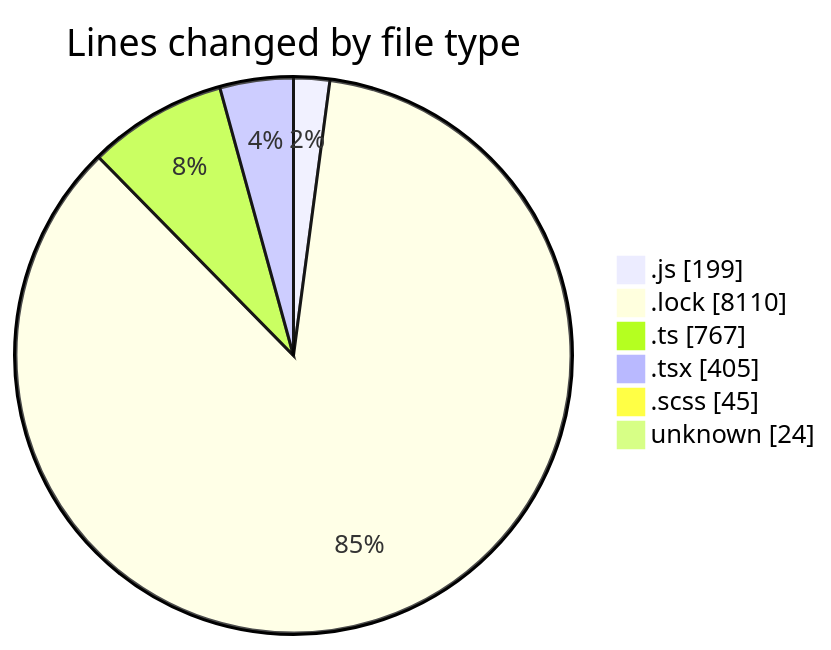
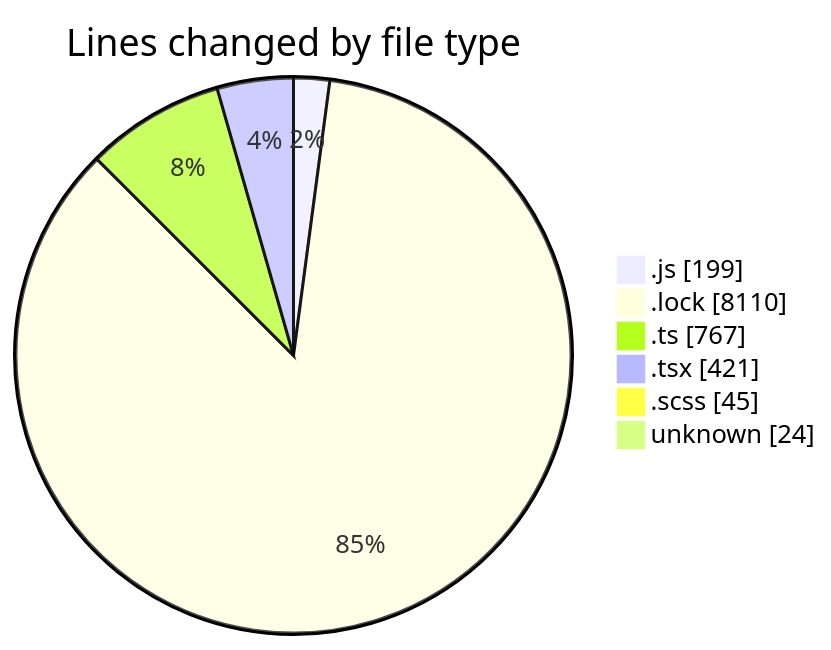
The first of 2 diagrams in 2025-02-07/cda/README.md (momahboobian/code-tracking), drawn with Mermaid before and after one commit. The commit also changed other lines of this file and 1 other file, not shown here.

````diff
--- a/2025-02-07/cda/README.md
+++ b/2025-02-07/cda/README.md
@@ -47,10 +47,10 @@
 ```mermaid
 pie showData
 title Lines changed by file type
 ".js" : 199
 ".lock" : 8110
 ".ts" : 767
-".tsx" : 405
+".tsx" : 421
 ".scss" : 45
 "unknown" : 24
 ```
````
